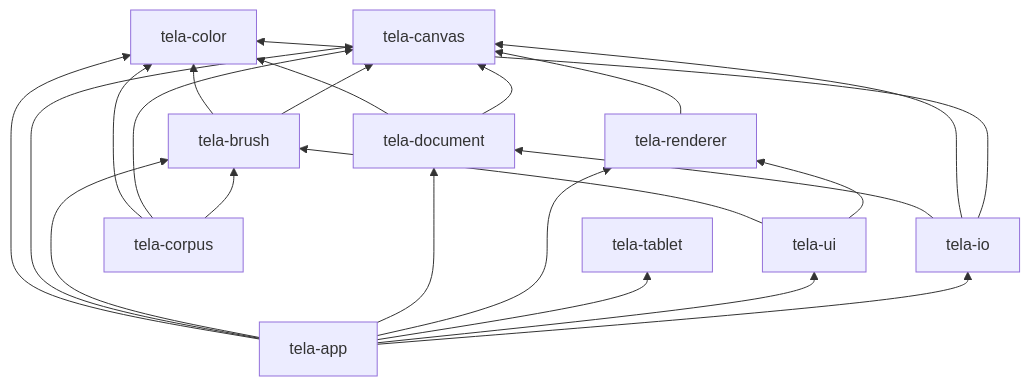
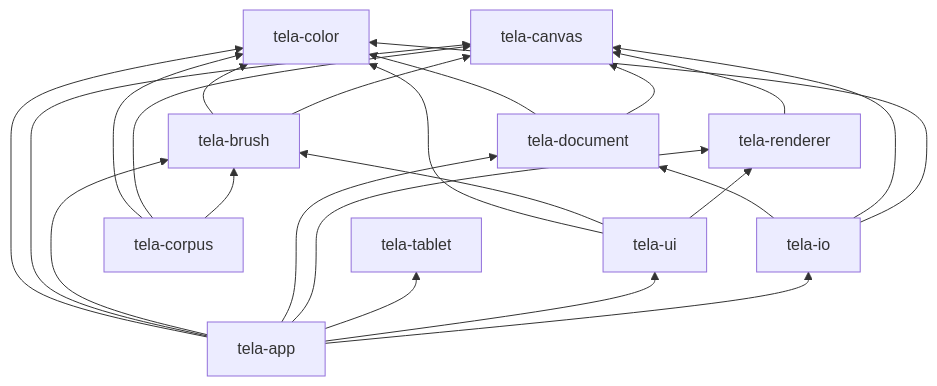
One commit to Caayu/Mirae changed the diagram in docs/architecture/crate-dependencies.md. Above: the diagram before and after it, drawn with Mermaid. The commit also changed other lines of this file and 6 other files, not shown here.

````diff
--- a/docs/architecture/crate-dependencies.md
+++ b/docs/architecture/crate-dependencies.md
@@ -12,35 +12,36 @@
 ```mermaid
 graph BT
     color[tela-color]
     canvas[tela-canvas]
     brush[tela-brush]
     document[tela-document]
     io[tela-io]
     renderer[tela-renderer]
     tablet[tela-tablet]
     ui[tela-ui]
     corpus[tela-corpus]
     app[tela-app]
 
     brush --> color
     brush --> canvas
     document --> color
     document --> canvas
     io --> document
     io --> canvas
     io --> color
     renderer --> canvas
+    ui --> color
     ui --> brush
     ui --> renderer
     corpus --> color
     corpus --> canvas
     corpus --> brush
     app --> color
     app --> canvas
     app --> brush
     app --> document
     app --> renderer
     app --> tablet
     app --> ui
     app --> io
 ```
````
